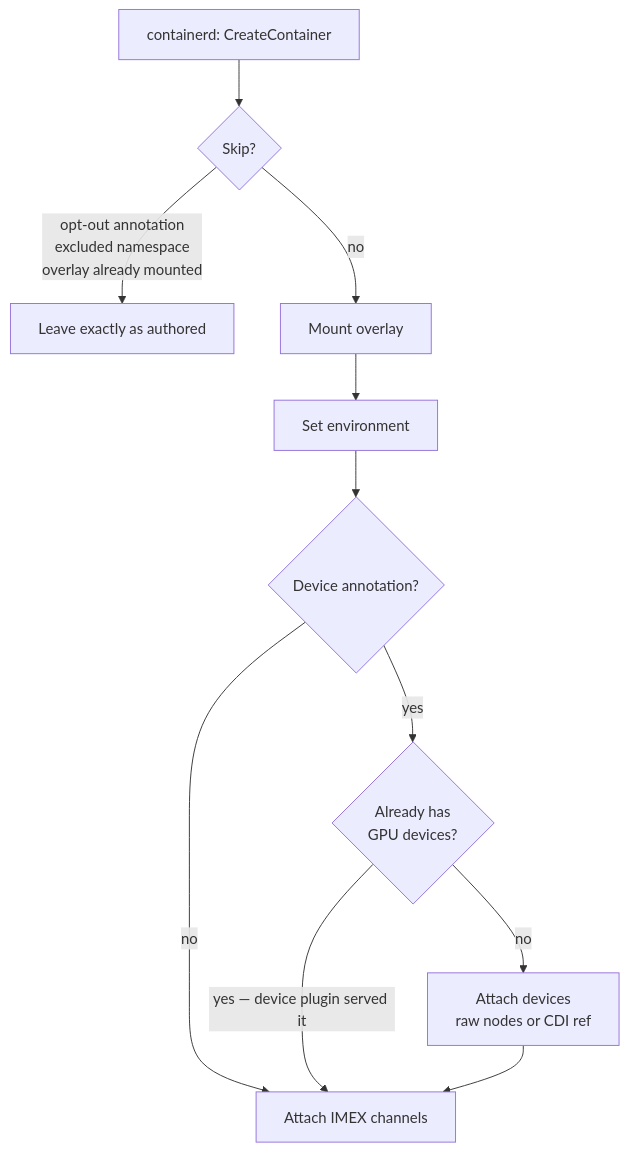
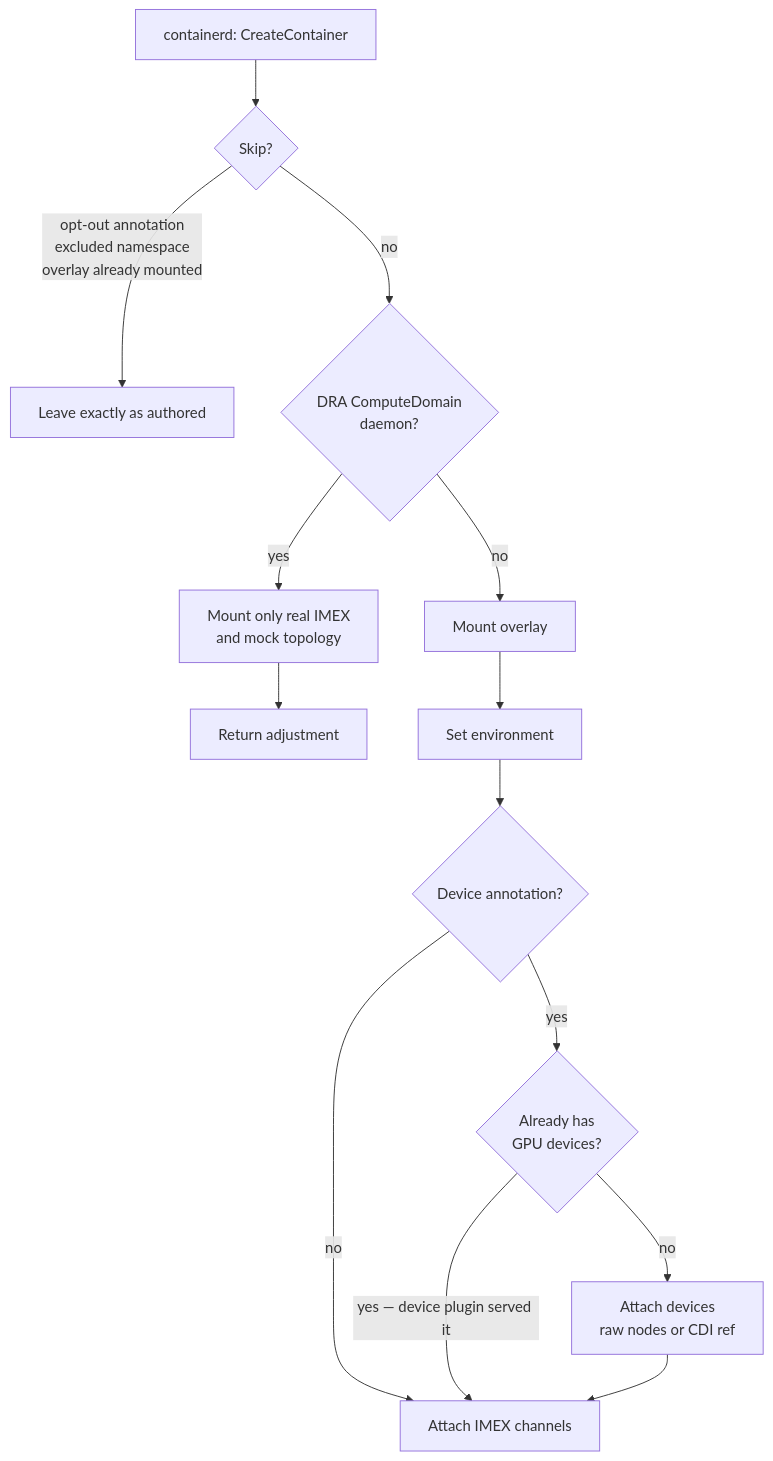
One commit to NVIDIA/k8s-test-infra changed the diagram in docs/components/nri-plugin.md. Above: the diagram before and after it, drawn with Mermaid. The commit also changed other lines of this file and 7 other files, not shown here.

Commit message:
docs(imex): describe node-staged ComputeDomain flow

````diff
--- a/docs/components/nri-plugin.md
+++ b/docs/components/nri-plugin.md
@@ -47,12 +47,14 @@
 ```mermaid
 flowchart TB
     create[containerd: CreateContainer] --> skip{Skip?}
     skip -->|opt-out annotation<br/>excluded namespace<br/>overlay already mounted| asis[Leave exactly as authored]
-    skip -->|no| overlay[Mount overlay]
+    skip -->|no| domain{DRA ComputeDomain<br/>daemon?}
+    domain -->|yes| missing[Mount only real IMEX<br/>and mock topology] --> done[Return adjustment]
+    domain -->|no| overlay[Mount overlay]
     overlay --> env[Set environment]
     env --> gpus{Device annotation?}
     gpus -->|no| imex
     gpus -->|yes| served{Already has<br/>GPU devices?}
     served -->|yes — device plugin served it| imex[Attach IMEX channels]
     served -->|no| attach[Attach devices<br/>raw nodes or CDI ref] --> imex
 ```
````
